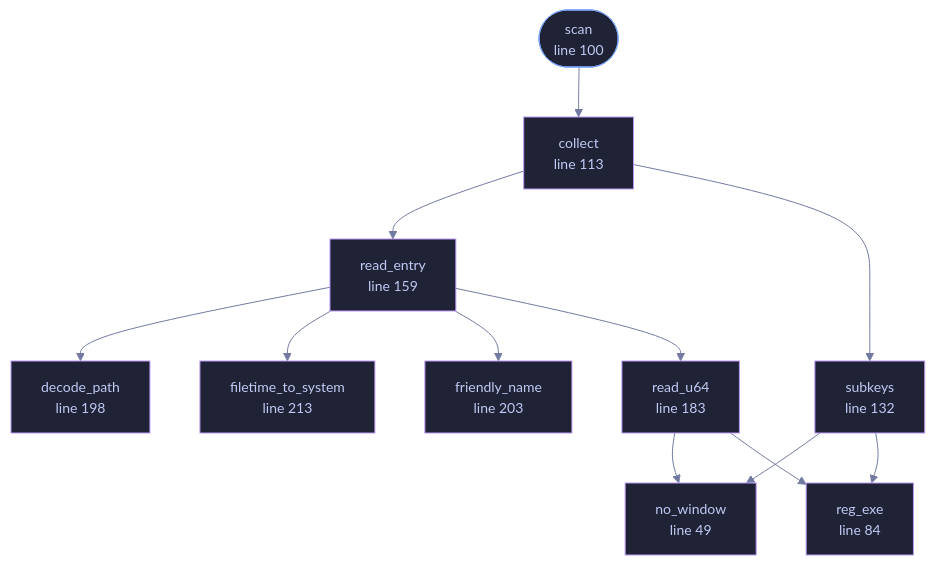
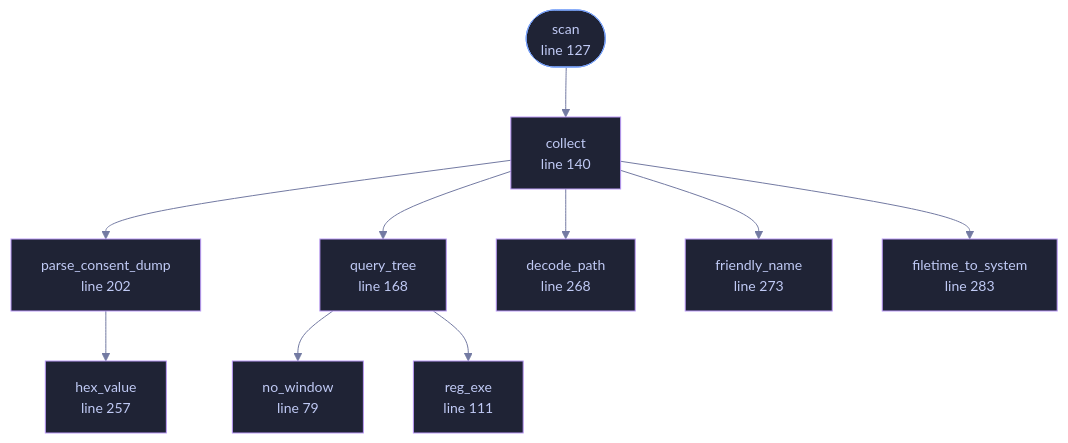
One commit to tilas01/veilvoice changed the diagram in docs/files/veilvoice-watch/windows.md. Above: the diagram before and after it, drawn with Mermaid. The commit also changed other lines of this file and 66 other files, not shown here.

First line of the commit message:
watch: the window froze, the monitor ran on the painting thread

````diff
--- a/docs/files/veilvoice-watch/windows.md
+++ b/docs/files/veilvoice-watch/windows.md
@@ -69,39 +100,37 @@
 ```mermaid
 %%{init: {"theme":"base","themeVariables":{"background":"#1a1b26","primaryColor":"#1f2335","primaryTextColor":"#c0caf5","primaryBorderColor":"#7aa2f7","secondaryColor":"#16161e","tertiaryColor":"#16161e","lineColor":"#737aa2","textColor":"#c0caf5","mainBkg":"#1f2335","nodeBorder":"#7aa2f7","clusterBkg":"#16161e","clusterBorder":"#2f3549","fontFamily":"ui-monospace, SFMono-Regular, Consolas, monospace","fontSize":"14px"}}}%%
 flowchart TD
-    n_no_window["no_window<br/>line 49"]
-    n_reg_exe["reg_exe<br/>line 84"]
-    n_scan(["scan<br/>line 100"])
-    n_collect["collect<br/>line 113"]
-    n_subkeys["subkeys<br/>line 132"]
-    n_read_entry["read_entry<br/>line 159"]
-    n_read_u64["read_u64<br/>line 183"]
-    n_decode_path["decode_path<br/>line 198"]
-    n_friendly_name["friendly_name<br/>line 203"]
-    n_filetime_to_system["filetime_to_system<br/>line 213"]
-    n_collect --> n_read_entry
-    n_collect --> n_subkeys
-    n_read_entry --> n_decode_path
-    n_read_entry --> n_filetime_to_system
-    n_read_entry --> n_friendly_name
-    n_read_entry --> n_read_u64
-    n_read_u64 --> n_no_window
-    n_read_u64 --> n_reg_exe
+    n_no_window["no_window<br/>line 79"]
+    n_reg_exe["reg_exe<br/>line 111"]
+    n_scan(["scan<br/>line 127"])
+    n_collect["collect<br/>line 140"]
+    n_query_tree["query_tree<br/>line 168"]
+    n_parse_consent_dump["parse_consent_dump<br/>line 202"]
+    n_hex_value["hex_value<br/>line 257"]
+    n_decode_path["decode_path<br/>line 268"]
+    n_friendly_name["friendly_name<br/>line 273"]
+    n_filetime_to_system["filetime_to_system<br/>line 283"]
+    n_collect --> n_decode_path
+    n_collect --> n_filetime_to_system
+    n_collect --> n_friendly_name
+    n_collect --> n_parse_consent_dump
+    n_collect --> n_query_tree
+    n_parse_consent_dump --> n_hex_value
+    n_query_tree --> n_no_window
+    n_query_tree --> n_reg_exe
     n_scan --> n_collect
-    n_subkeys --> n_no_window
-    n_subkeys --> n_reg_exe
-    click n_no_window href "https://github.com/tilas01/veilvoice/blob/main/crates/veilvoice-watch/src/windows.rs#L49" "open the source"
-    click n_reg_exe href "https://github.com/tilas01/veilvoice/blob/main/crates/veilvoice-watch/src/windows.rs#L84" "open the source"
-    click n_scan href "https://github.com/tilas01/veilvoice/blob/main/crates/veilvoice-watch/src/windows.rs#L100" "open the source"
-    click n_collect href "https://github.com/tilas01/veilvoice/blob/main/crates/veilvoice-watch/src/windows.rs#L113" "open the source"
-    click n_subkeys href "https://github.com/tilas01/veilvoice/blob/main/crates/veilvoice-watch/src/windows.rs#L132" "open the source"
-    click n_read_entry href "https://github.com/tilas01/veilvoice/blob/main/crates/veilvoice-watch/src/windows.rs#L159" "open the source"
-    click n_read_u64 href "https://github.com/tilas01/veilvoice/blob/main/crates/veilvoice-watch/src/windows.rs#L183" "open the source"
-    click n_decode_path href "https://github.com/tilas01/veilvoice/blob/main/crates/veilvoice-watch/src/windows.rs#L198" "open the source"
-    click n_friendly_name href "https://github.com/tilas01/veilvoice/blob/main/crates/veilvoice-watch/src/windows.rs#L203" "open the source"
-    click n_filetime_to_system href "https://github.com/tilas01/veilvoice/blob/main/crates/veilvoice-watch/src/windows.rs#L213" "open the source"
+    click n_no_window href "https://github.com/tilas01/veilvoice/blob/main/crates/veilvoice-watch/src/windows.rs#L79" "open the source"
+    click n_reg_exe href "https://github.com/tilas01/veilvoice/blob/main/crates/veilvoice-watch/src/windows.rs#L111" "open the source"
+    click n_scan href "https://github.com/tilas01/veilvoice/blob/main/crates/veilvoice-watch/src/windows.rs#L127" "open the source"
+    click n_collect href "https://github.com/tilas01/veilvoice/blob/main/crates/veilvoice-watch/src/windows.rs#L140" "open the source"
+    click n_query_tree href "https://github.com/tilas01/veilvoice/blob/main/crates/veilvoice-watch/src/windows.rs#L168" "open the source"
+    click n_parse_consent_dump href "https://github.com/tilas01/veilvoice/blob/main/crates/veilvoice-watch/src/windows.rs#L202" "open the source"
+    click n_hex_value href "https://github.com/tilas01/veilvoice/blob/main/crates/veilvoice-watch/src/windows.rs#L257" "open the source"
+    click n_decode_path href "https://github.com/tilas01/veilvoice/blob/main/crates/veilvoice-watch/src/windows.rs#L268" "open the source"
+    click n_friendly_name href "https://github.com/tilas01/veilvoice/blob/main/crates/veilvoice-watch/src/windows.rs#L273" "open the source"
+    click n_filetime_to_system href "https://github.com/tilas01/veilvoice/blob/main/crates/veilvoice-watch/src/windows.rs#L283" "open the source"
     classDef entry fill:#1f2335,stroke:#7aa2f7,color:#c0caf5
     class n_scan entry
     classDef helper fill:#1f2335,stroke:#bb9af7,color:#c0caf5
-    class n_no_window,n_reg_exe,n_collect,n_subkeys,n_read_entry,n_read_u64,n_decode_path,n_friendly_name,n_filetime_to_system helper
+    class n_no_window,n_reg_exe,n_collect,n_query_tree,n_parse_consent_dump,n_hex_value,n_decode_path,n_friendly_name,n_filetime_to_system helper
 ```
````
